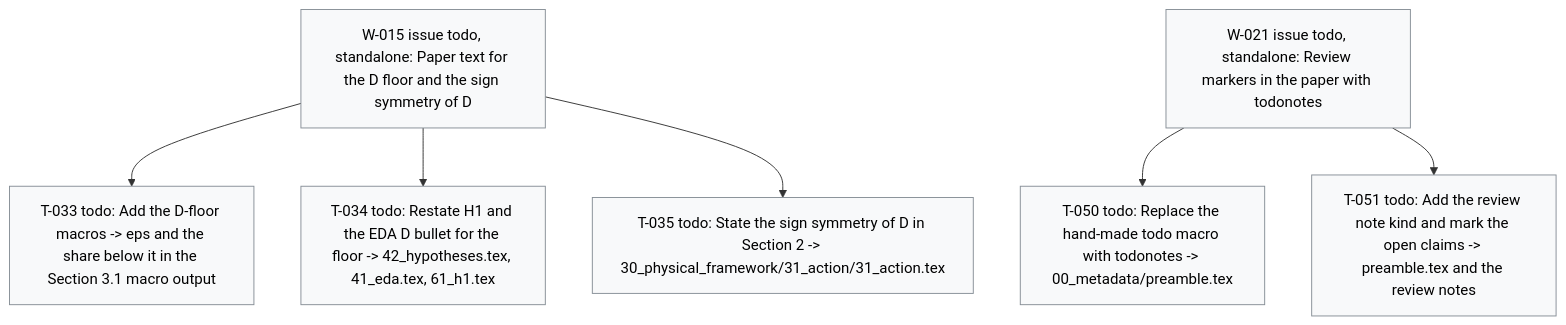
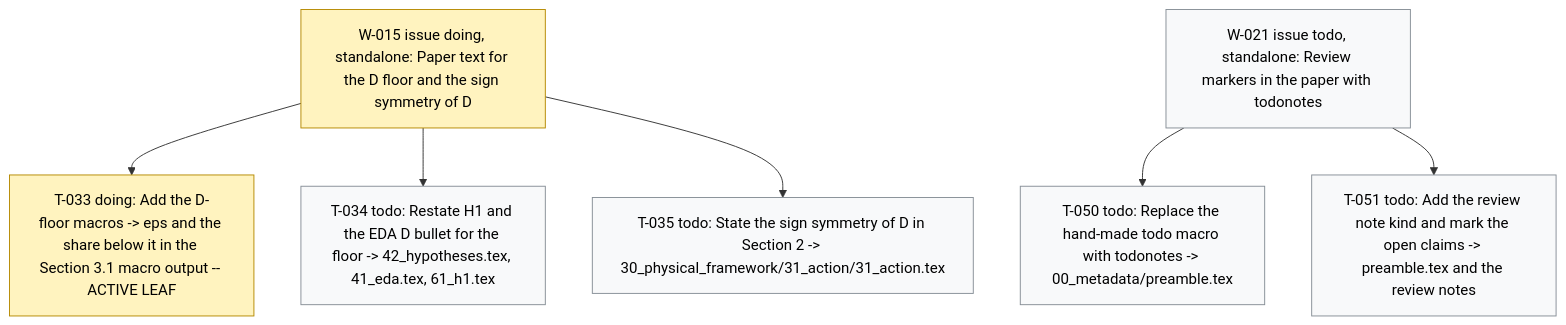
One commit to dpopchev/surrogate-models changed the diagram in .board/BOARD.md. Above: the diagram before and after it, drawn with Mermaid. The commit also changed other lines of this file and 4 other files, not shown here.

````diff
--- a/.board/BOARD.md
+++ b/.board/BOARD.md
@@ -171,16 +171,17 @@
 ```mermaid
 flowchart TD
-  W015["W-015 issue todo, standalone: Paper text for the D floor and the sign symmetry of D"]
-  W015 --> T033["T-033 todo: Add the D-floor macros -> eps and the share below it in the Section 3.1 macro output"]
+  W015["W-015 issue doing, standalone: Paper text for the D floor and the sign symmetry of D"]
+  W015 --> T033["T-033 doing: Add the D-floor macros -> eps and the share below it in the Section 3.1 macro output -- ACTIVE LEAF"]
   W015 --> T034["T-034 todo: Restate H1 and the EDA D bullet for the floor -> 42_hypotheses.tex, 41_eda.tex, 61_h1.tex"]
   W015 --> T035["T-035 todo: State the sign symmetry of D in Section 2 -> 30_physical_framework/31_action/31_action.tex"]
   W021["W-021 issue todo, standalone: Review markers in the paper with todonotes"]
   W021 --> T050["T-050 todo: Replace the hand-made todo macro with todonotes -> 00_metadata/preamble.tex"]
   W021 --> T051["T-051 todo: Add the review note kind and mark the open claims -> preamble.tex and the review notes"]
   classDef doing fill:#fff3bf,stroke:#b58900,color:#000;
   classDef blocked fill:#ffe3e3,stroke:#c92a2a,color:#000;
   classDef done fill:#e6ffed,stroke:#2b8a3e,color:#000;
   classDef todo fill:#f8f9fa,stroke:#868e96,color:#000;
   classDef pruned fill:#f1f3f5,stroke:#adb5bd,color:#000;
-  class W015,T033,T034,T035,W021,T050,T051 todo
+  class W015,T033 doing
+  class T034,T035,W021,T050,T051 todo
 ```
````
